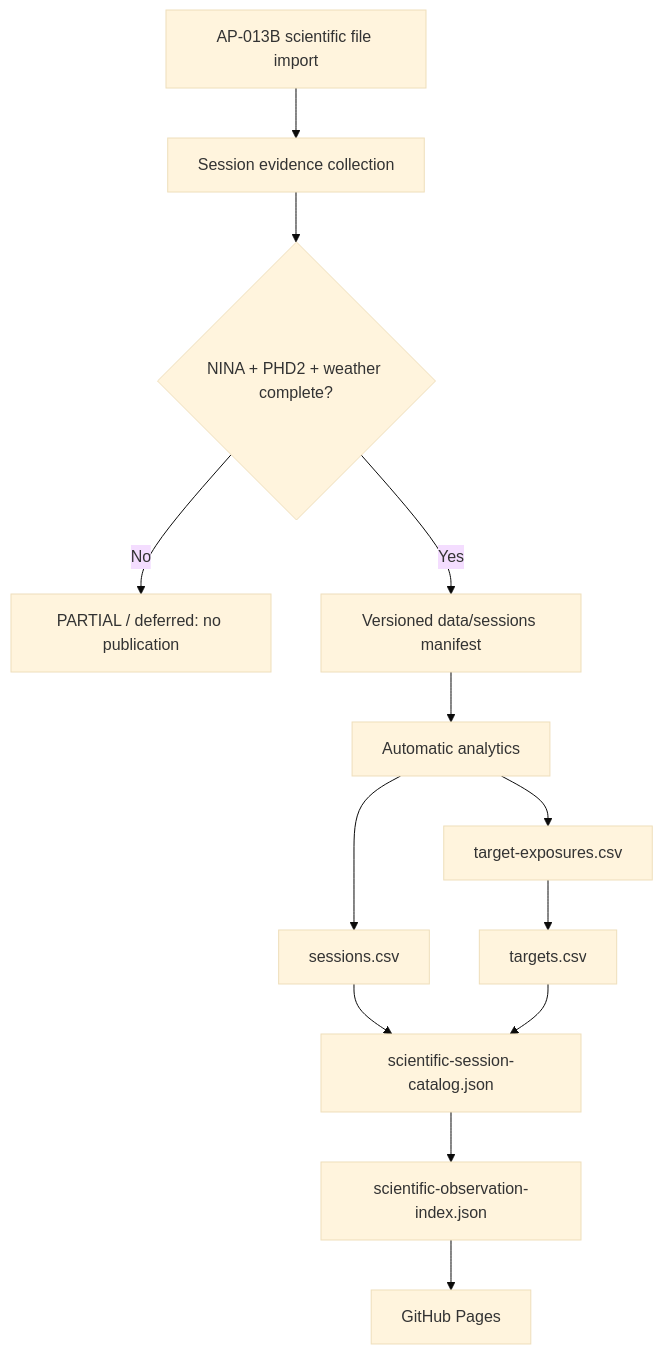
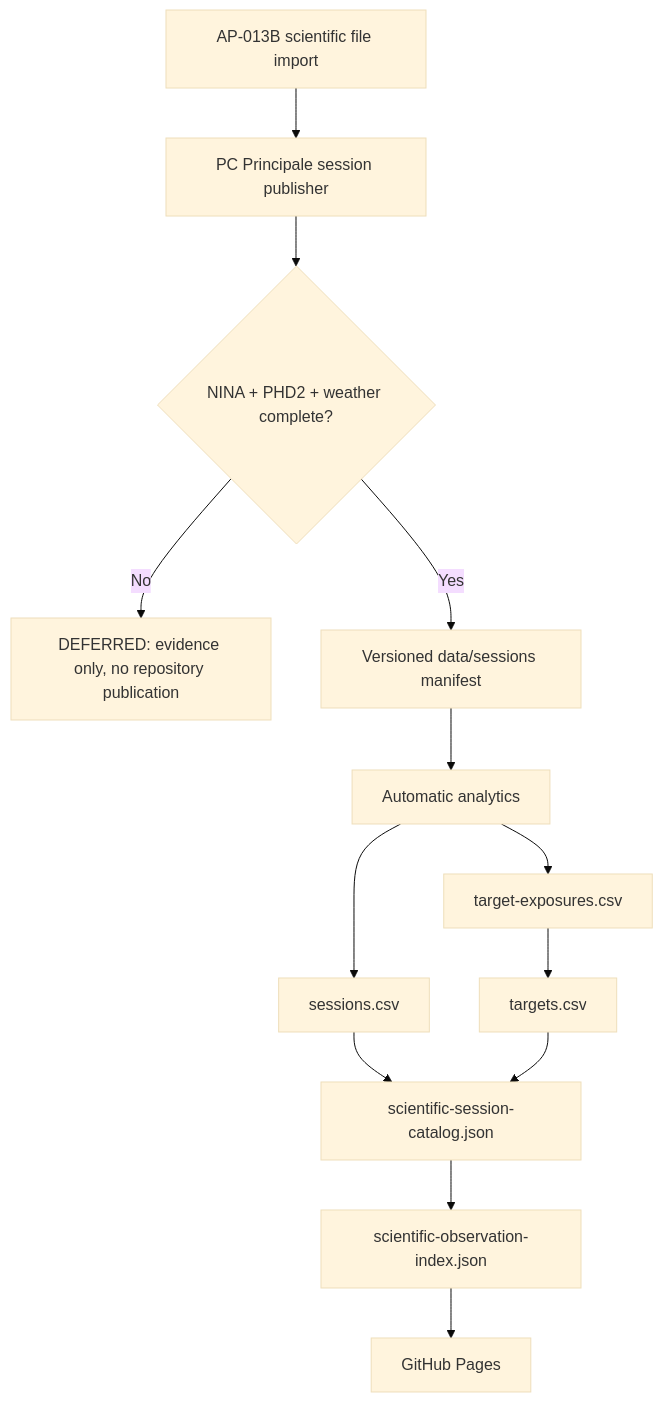
Before and after one commit to maininimassimo-bit/digital-stargate-manual: the diagram in docs/architecture/validation/AP14-W07-Session-Package-Portal-Automation.md, drawn with Mermaid (base theme). The commit also changed other lines of this file and 4 other files, not shown here.

Commit message:
feat(ap14): add governed session package publisher

````diff
--- a/docs/architecture/validation/AP14-W07-Session-Package-Portal-Automation.md
+++ b/docs/architecture/validation/AP14-W07-Session-Package-Portal-Automation.md
@@ -19,15 +19,15 @@
 ```mermaid
 flowchart TD
-    A[AP-013B scientific file import] --> B[Session evidence collection]
+    A[AP-013B scientific file import] --> B[PC Principale session publisher]
     B --> C{NINA + PHD2 + weather complete?}
-    C -- No --> D[PARTIAL / deferred: no publication]
+    C -- No --> D[DEFERRED: evidence only, no repository publication]
     C -- Yes --> E[Versioned data/sessions manifest]
     E --> F[Automatic analytics]
     F --> G[sessions.csv]
     F --> H[target-exposures.csv]
     H --> I[targets.csv]
     G --> J[scientific-session-catalog.json]
     I --> J
     J --> K[scientific-observation-index.json]
     K --> L[GitHub Pages]
 ```
````
